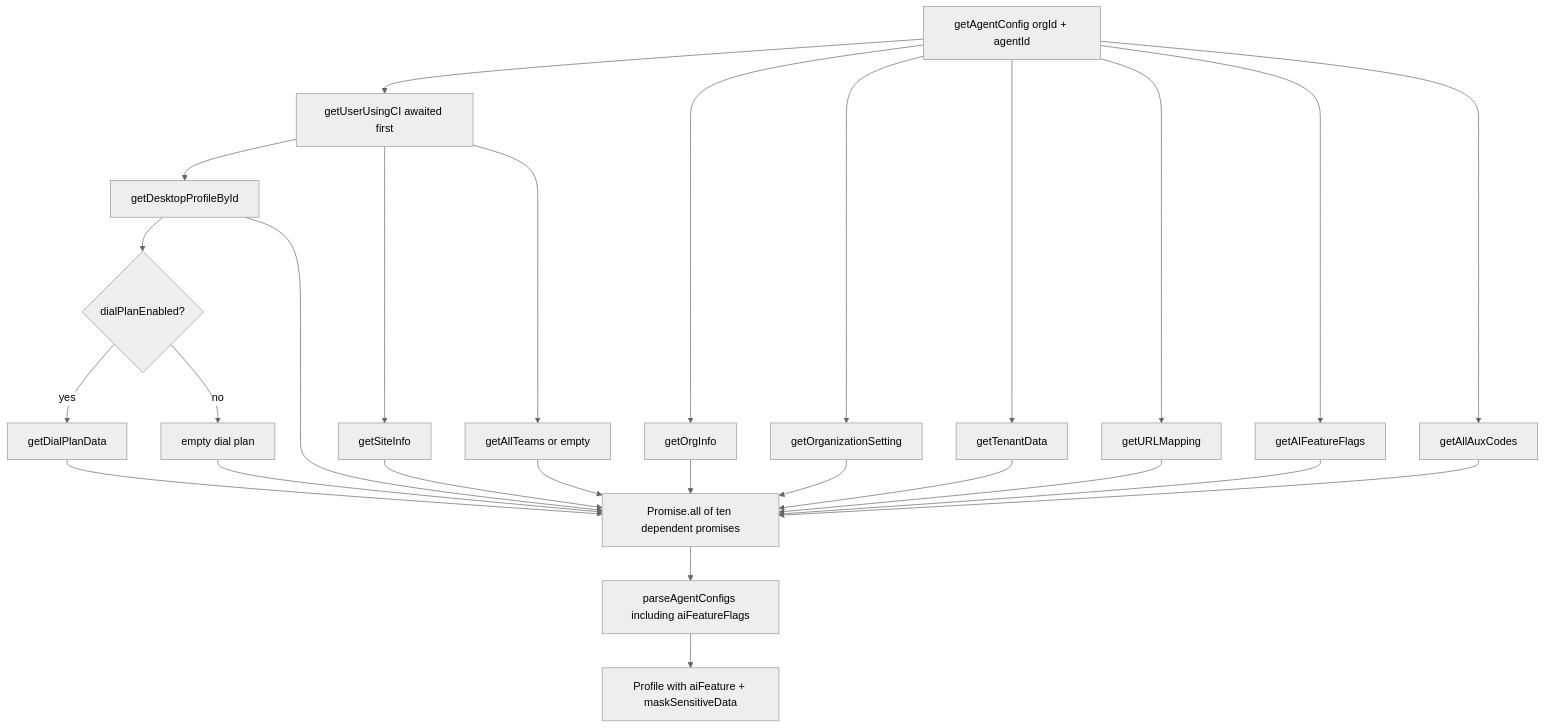
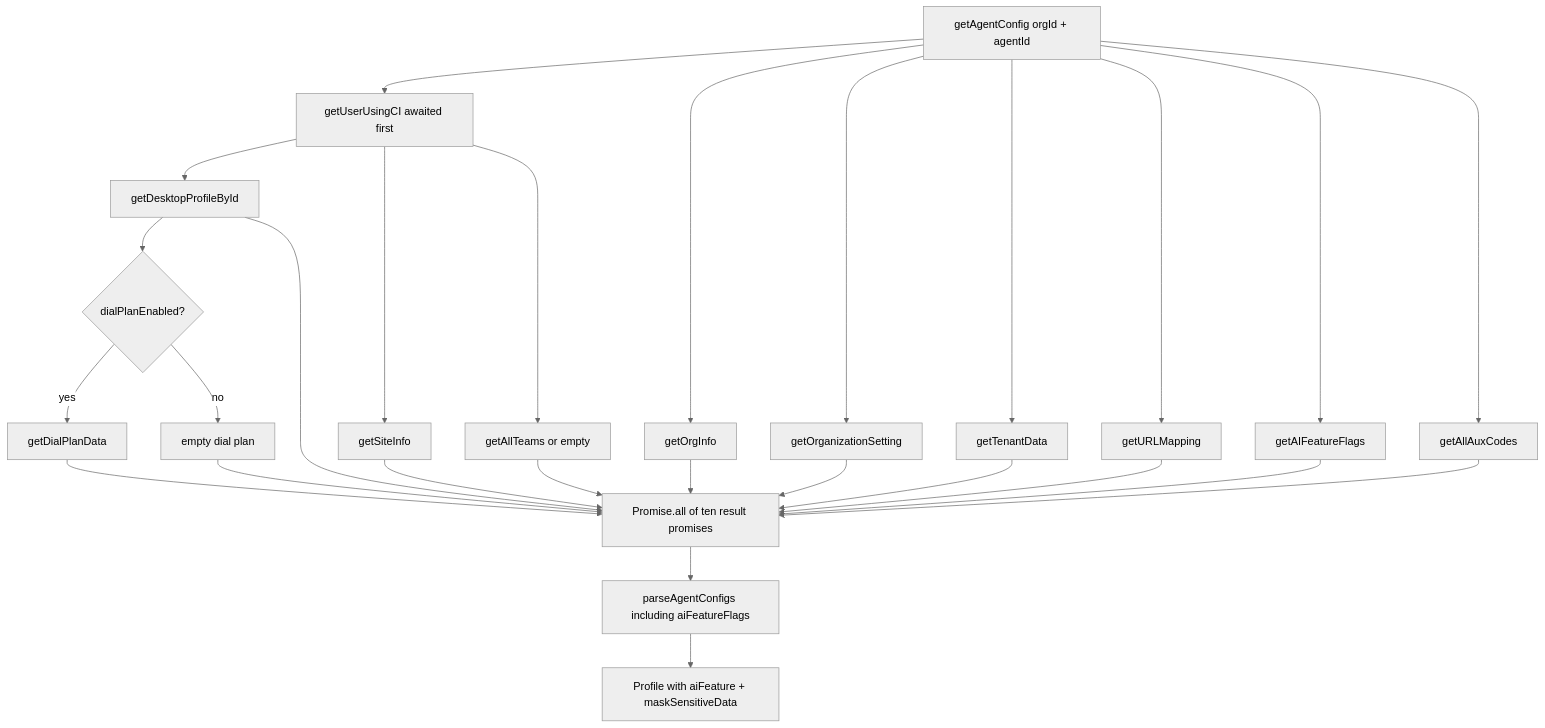
One commit to webex/webex-js-sdk changed the first of 4 diagrams in packages/@webex/contact-center/src/services/config/ai-docs/config-spec.md. Above: the diagram before and after it, drawn with Mermaid (neutral theme). The commit also changed other lines of this file and 10 other files, not shown here.

````diff
--- a/packages/@webex/contact-center/src/services/config/ai-docs/config-spec.md
+++ b/packages/@webex/contact-center/src/services/config/ai-docs/config-spec.md
@@ -433,29 +322,29 @@
 ```mermaid
 flowchart TD
   Start[getAgentConfig orgId + agentId] --> User[getUserUsingCI awaited first]
   Start --> Org[getOrgInfo]
   Start --> OrgSettings[getOrganizationSetting]
   Start --> Tenant[getTenantData]
   Start --> URL[getURLMapping]
   Start --> AI[getAIFeatureFlags]
   Start --> Aux[getAllAuxCodes]
   User --> Profile[getDesktopProfileById]
   User --> Site[getSiteInfo]
   User --> Teams[getAllTeams or empty]
   Profile --> Dial{dialPlanEnabled?}
   Dial -->|yes| DialPlan[getDialPlanData]
   Dial -->|no| Empty[empty dial plan]
-  Profile --> All[Promise.all of ten dependent promises]
+  Profile --> All[Promise.all of ten result promises]
   Site --> All
   Teams --> All
   DialPlan --> All
   Empty --> All
   Org --> All
   OrgSettings --> All
   Tenant --> All
   URL --> All
   AI --> All
   Aux --> All
   All --> Parse[parseAgentConfigs including aiFeatureFlags]
   Parse --> Result[Profile with aiFeature + maskSensitiveData]
 ```
````
